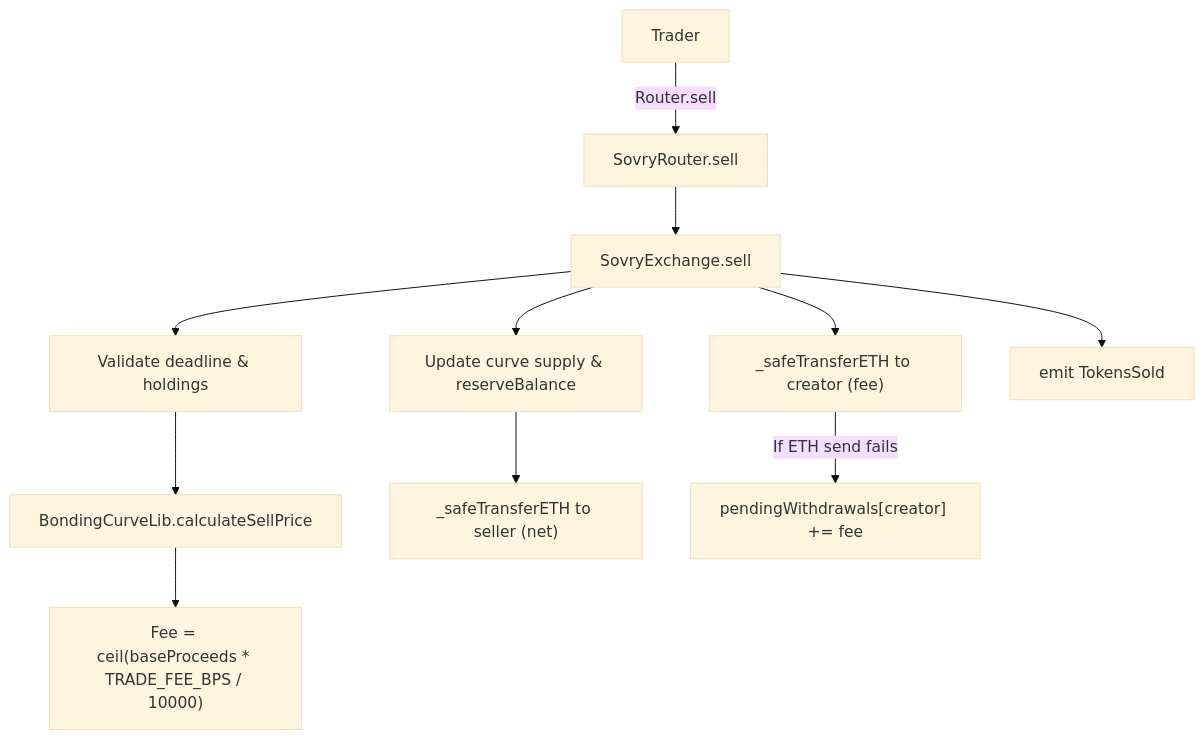
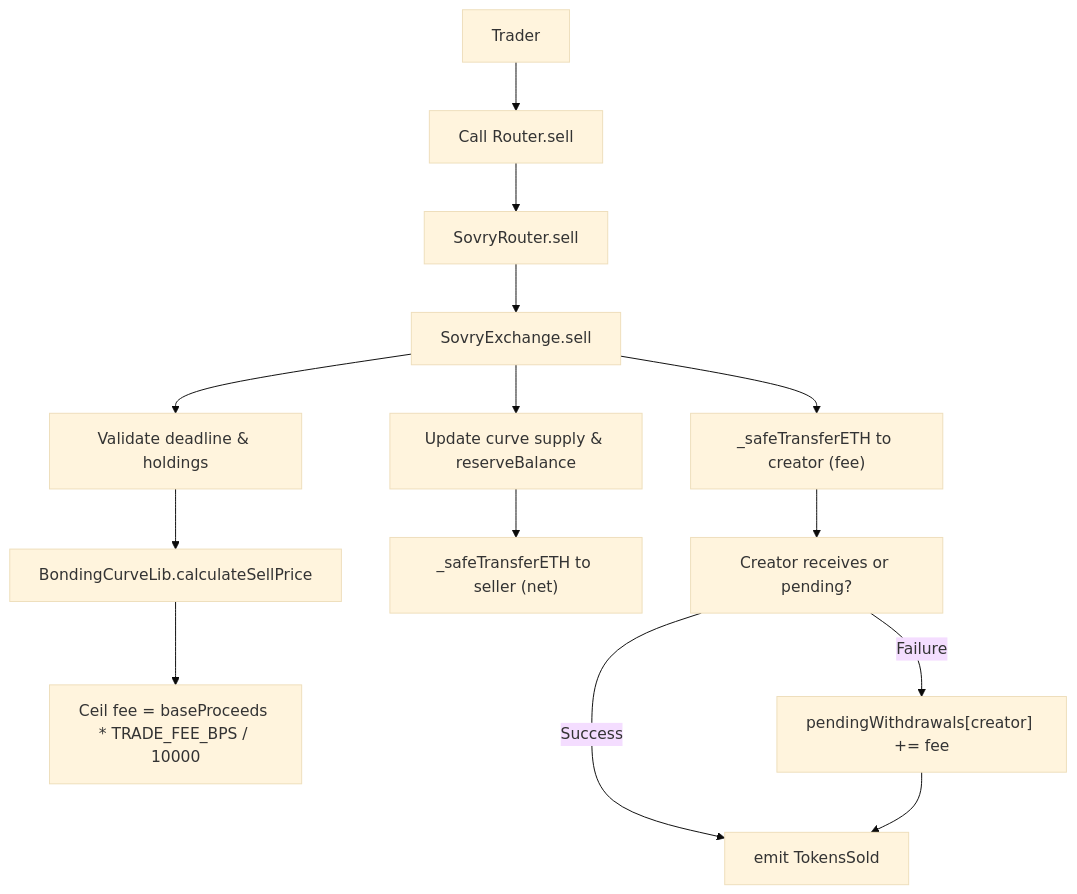
Before and after one commit to E1eng/Sovry: the fourth of 7 diagrams in docs/contracts-flow.md, drawn with Mermaid (base theme). The commit also changed other lines of this file, not shown here.

````diff
--- a/docs/contracts-flow.md
+++ b/docs/contracts-flow.md
@@ -51,13 +56,16 @@
 ```mermaid
 graph TD;
-    T["Trader"] -->|Router.sell| RS["SovryRouter.sell"];
+    T["Trader"] --> A_SELL["Call Router.sell"];
+    A_SELL --> RS["SovryRouter.sell"];
     RS --> XS["SovryExchange.sell"];
     XS --> CHK["Validate deadline & holdings"];
     CHK --> PRO["BondingCurveLib.calculateSellPrice"];
-    PRO --> FEE["Fee = ceil(baseProceeds * TRADE_FEE_BPS / 10000)"];
+    PRO --> FEE["Ceil fee = baseProceeds * TRADE_FEE_BPS / 10000"];
     XS --> STATE["Update curve supply & reserveBalance"];
     STATE --> PAYS["_safeTransferETH to seller (net)"];
     XS --> PAYC["_safeTransferETH to creator (fee)"];
-    PAYC -->|If ETH send fails| PEND["pendingWithdrawals[creator] += fee"];
-    XS --> EV["emit TokensSold"];
+    PAYC --> CREATOR_ETH["Creator receives or pending?"];
+    CREATOR_ETH -->|Success| EV["emit TokensSold"];
+    CREATOR_ETH -->|Failure| PEND["pendingWithdrawals[creator] += fee"];
+    PEND --> EV;
 ```
````
